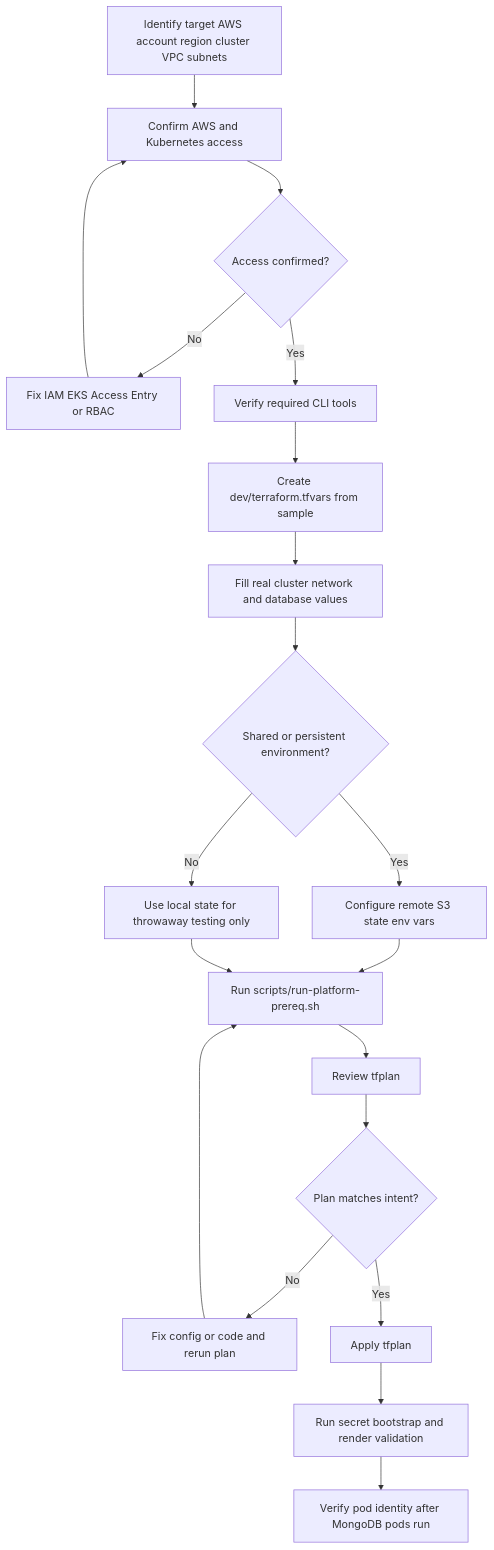
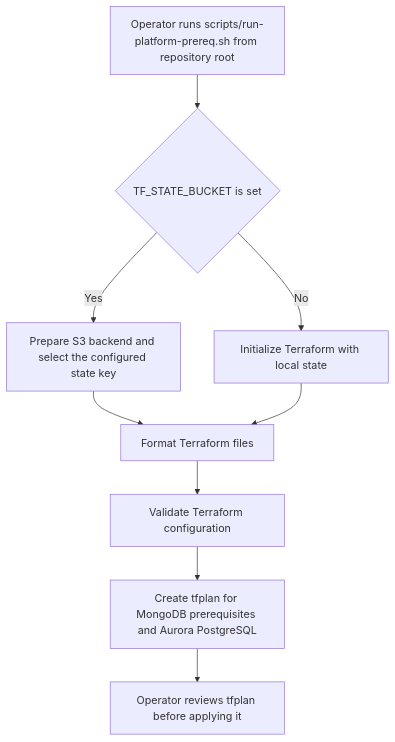
One commit to sml-global/mongodb changed the first of 9 diagrams in platform-prerequisites/terraform/README.md. Above: the diagram before and after it, drawn with Mermaid. The commit also changed other lines of this file and 2 other files, not shown here.

Commit message:
Rewrite Terraform docs around operator context

````diff
--- a/platform-prerequisites/terraform/README.md
+++ b/platform-prerequisites/terraform/README.md
@@ -129,22 +196,11 @@
 ```mermaid
 flowchart TD
-  A[Identify target AWS account region cluster VPC subnets] --> B[Confirm AWS and Kubernetes access]
-  B --> C{Access confirmed?}
-  C -->|No| D[Fix IAM EKS Access Entry or RBAC]
-  D --> B
-  C -->|Yes| E[Verify required CLI tools]
-  E --> F[Create dev/terraform.tfvars from sample]
-  F --> G[Fill real cluster network and database values]
-  G --> H{Shared or persistent environment?}
-  H -->|Yes| I[Configure remote S3 state env vars]
-  H -->|No| J[Use local state for throwaway testing only]
-  I --> K[Run scripts/run-platform-prereq.sh]
-  J --> K
-  K --> L[Review tfplan]
-  L --> M{Plan matches intent?}
-  M -->|No| N[Fix config or code and rerun plan]
-  N --> K
-  M -->|Yes| O[Apply tfplan]
-  O --> P[Run secret bootstrap and render validation]
-  P --> Q[Verify pod identity after MongoDB pods run]
+  A[Operator runs scripts/run-platform-prereq.sh from repository root] --> B{TF_STATE_BUCKET is set}
+  B -->|Yes| C[Prepare S3 backend and select the configured state key]
+  B -->|No| D[Initialize Terraform with local state]
+  C --> E[Format Terraform files]
+  D --> E
+  E --> F[Validate Terraform configuration]
+  F --> G[Create tfplan for MongoDB prerequisites and Aurora PostgreSQL]
+  G --> H[Operator reviews tfplan before applying it]
 ```
````
